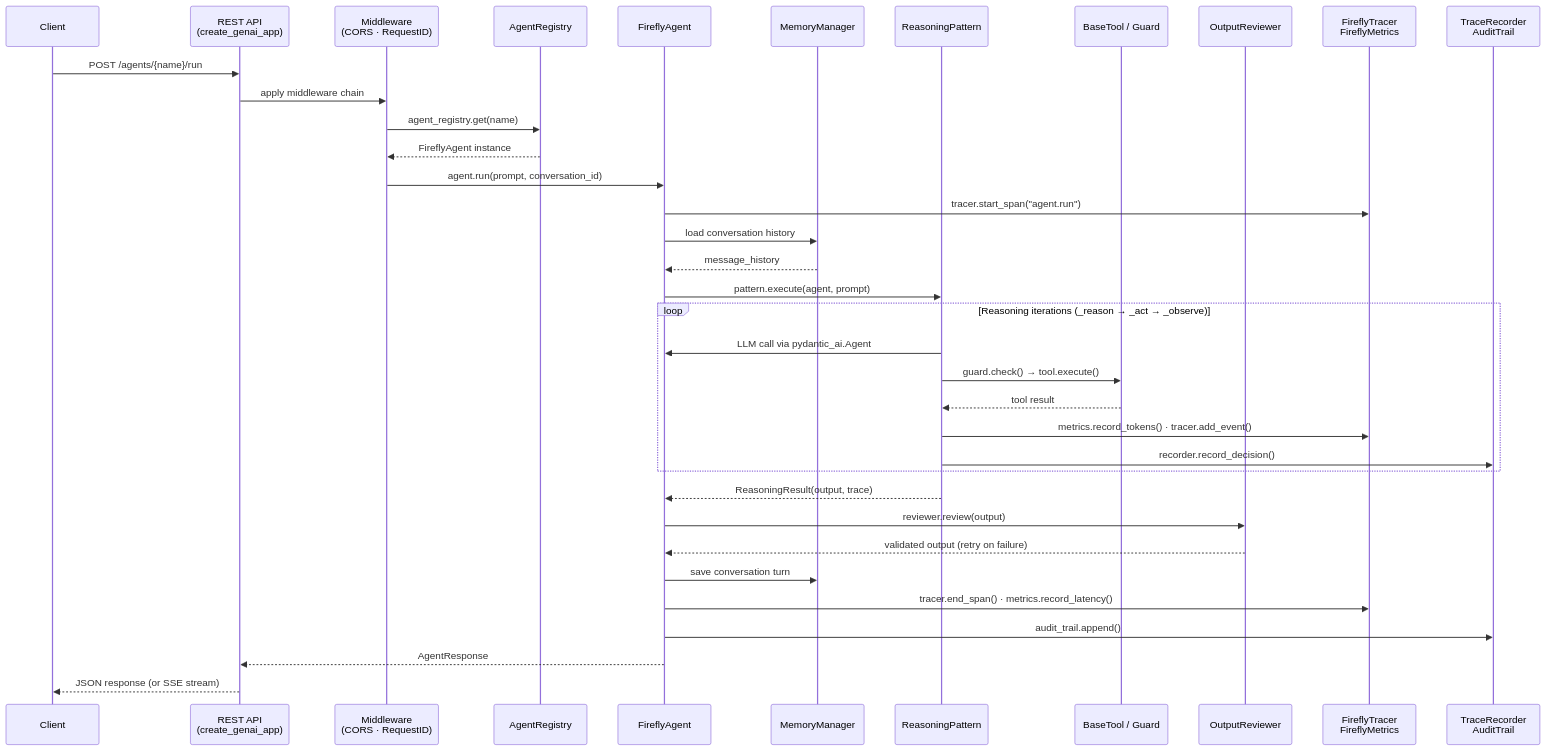
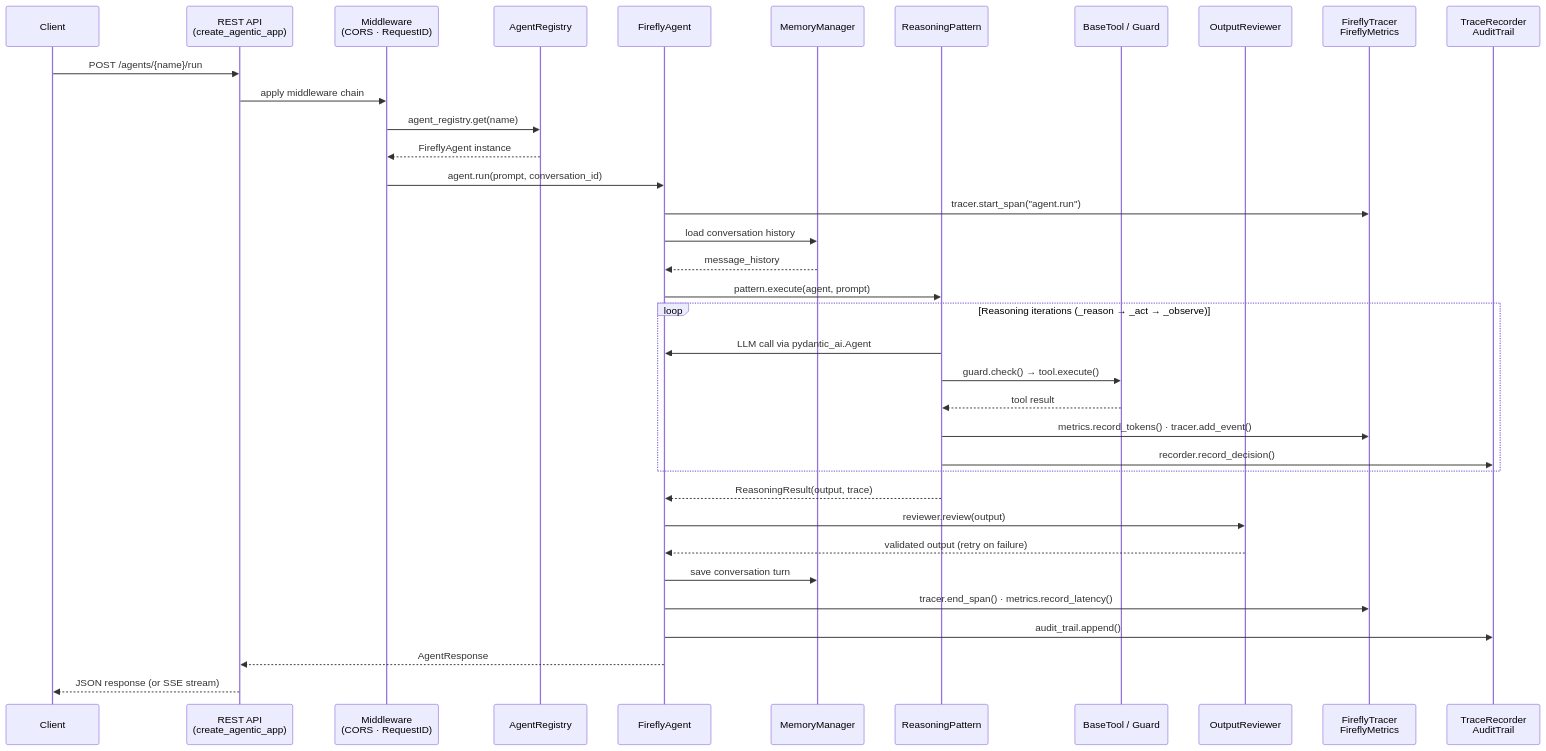
Before and after one commit to fireflyframework/fireflyframework-genai: the third of 7 diagrams in docs/architecture.md, drawn with Mermaid. The commit also changed other lines of this file and 576 other files, not shown here.

First line of the commit message:
refactor: rename fireflyframework-genai to fireflyframework-agentic

````diff
--- a/docs/architecture.md
+++ b/docs/architecture.md
@@ -343,39 +343,39 @@
 ```mermaid
 sequenceDiagram
     participant Client
-    participant REST as REST API<br/>(create_genai_app)
+    participant REST as REST API<br/>(create_agentic_app)
     participant MW as Middleware<br/>(CORS · RequestID)
     participant Reg as AgentRegistry
     participant Agent as FireflyAgent
     participant Mem as MemoryManager
     participant Reason as ReasoningPattern
     participant Tool as BaseTool / Guard
     participant Val as OutputReviewer
     participant OBS as FireflyTracer<br/>FireflyMetrics
     participant EXPL as TraceRecorder<br/>AuditTrail
 
     Client->>REST: POST /agents/{name}/run
     REST->>MW: apply middleware chain
     MW->>Reg: agent_registry.get(name)
     Reg-->>MW: FireflyAgent instance
     MW->>Agent: agent.run(prompt, conversation_id)
     Agent->>OBS: tracer.start_span("agent.run")
     Agent->>Mem: load conversation history
     Mem-->>Agent: message_history
     Agent->>Reason: pattern.execute(agent, prompt)
     loop Reasoning iterations (_reason → _act → _observe)
         Reason->>Agent: LLM call via pydantic_ai.Agent
         Reason->>Tool: guard.check() → tool.execute()
         Tool-->>Reason: tool result
         Reason->>OBS: metrics.record_tokens() · tracer.add_event()
         Reason->>EXPL: recorder.record_decision()
     end
     Reason-->>Agent: ReasoningResult(output, trace)
     Agent->>Val: reviewer.review(output)
     Val-->>Agent: validated output (retry on failure)
     Agent->>Mem: save conversation turn
     Agent->>OBS: tracer.end_span() · metrics.record_latency()
     Agent->>EXPL: audit_trail.append()
     Agent-->>REST: AgentResponse
     REST-->>Client: JSON response (or SSE stream)
 ```
````
